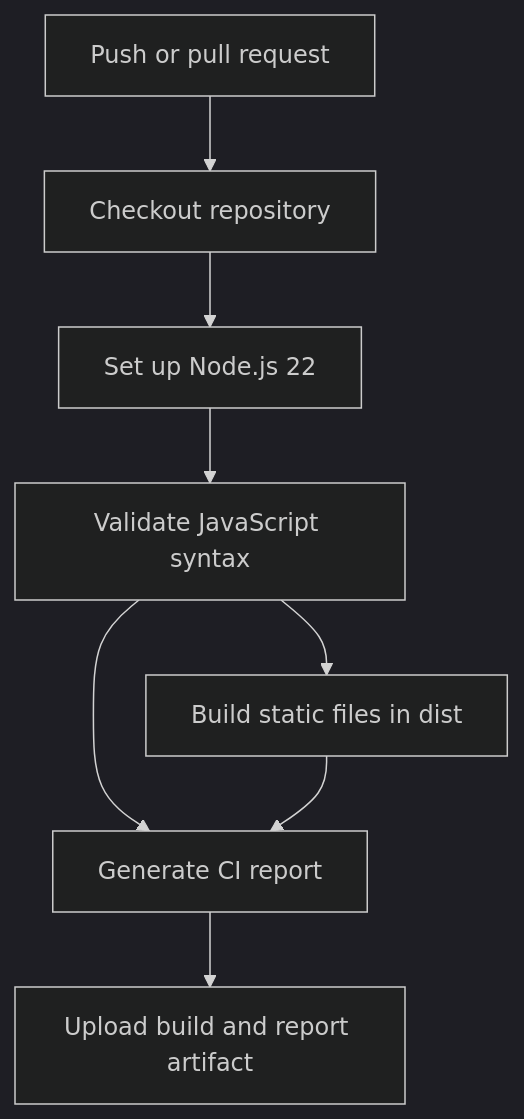
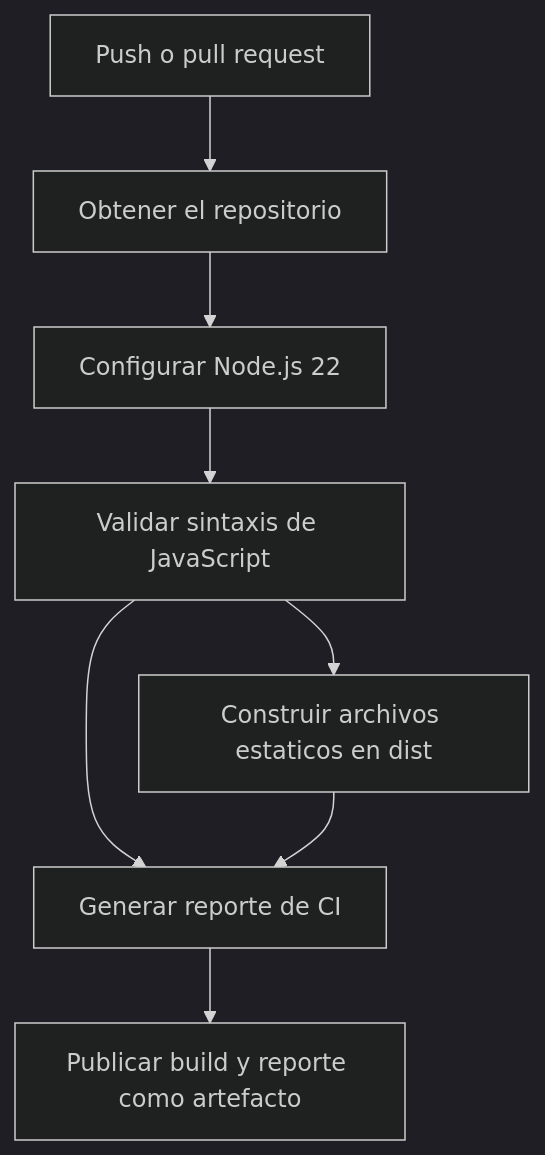
The diagram in README.md (VirusEC15/CRUD_EXPERIMENTAL-2), drawn with Mermaid (dark theme) before and after one commit. The commit also changed other lines of this file, not shown here.

````diff
--- a/README.md
+++ b/README.md
@@ -49,10 +45,10 @@
 ```mermaid
 flowchart TD
-	A[Push or pull request] --> B[Checkout repository]
-	B --> C[Set up Node.js 22]
-	C --> D[Validate JavaScript syntax]
-	D --> E[Build static files in dist]
-	D --> F[Generate CI report]
-	E --> F
-	F --> G[Upload build and report artifact]
+    A[Push o pull request] --> B[Obtener el repositorio]
+    B --> C[Configurar Node.js 22]
+    C --> D[Validar sintaxis de JavaScript]
+    D --> E[Construir archivos estaticos en dist]
+    D --> F[Generar reporte de CI]
+    E --> F
+    F --> G[Publicar build y reporte como artefacto]
 ```
````
